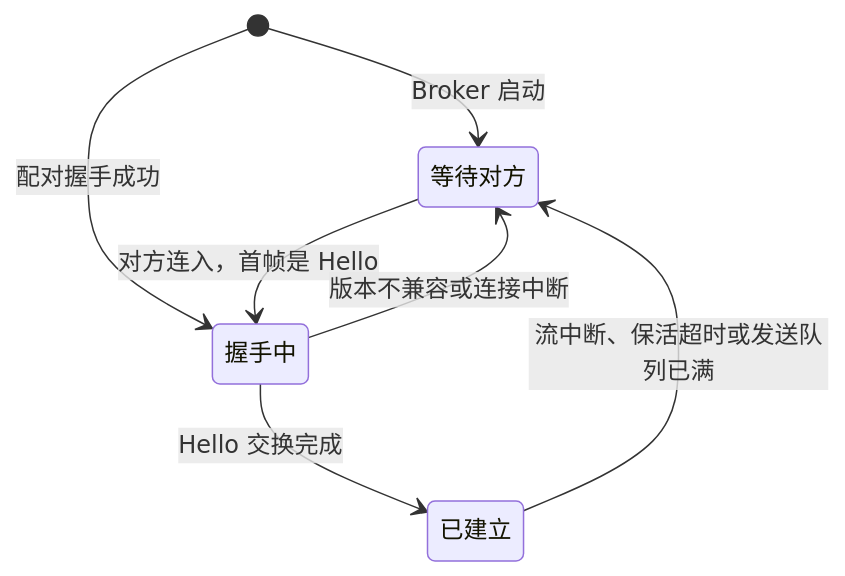
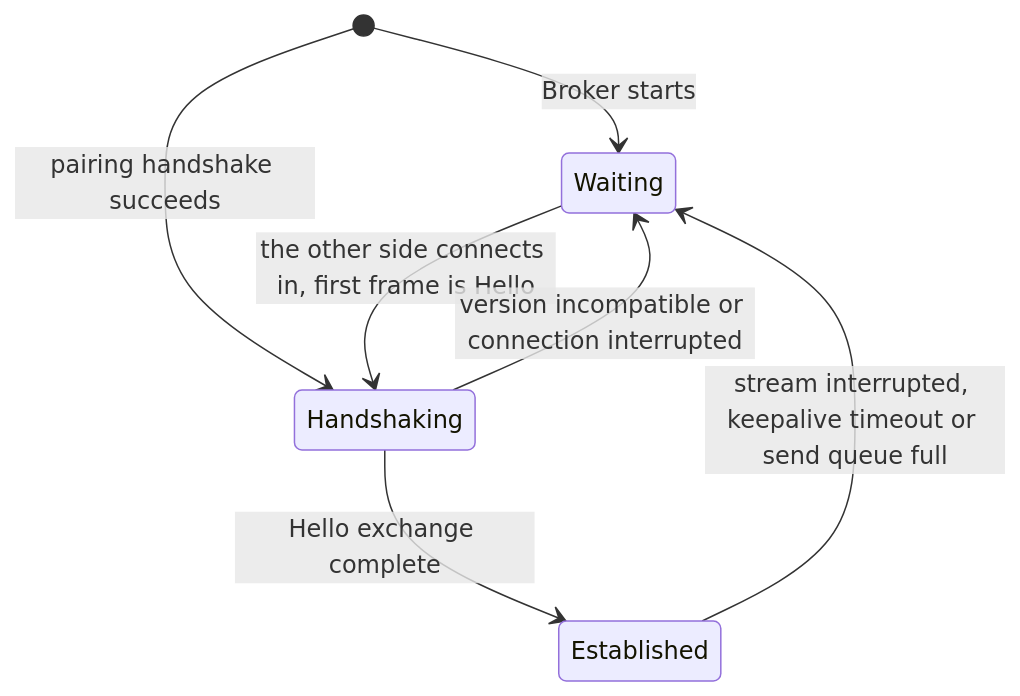
The second of 2 diagrams in docs/design/modules/design-link.md (wangzw/peers), drawn with Mermaid before and after one commit. The commit also changed other lines of this file, not shown here.

````diff
--- a/docs/design/modules/design-link.md
+++ b/docs/design/modules/design-link.md
@@ -264,9 +284,9 @@
 ```mermaid
 stateDiagram-v2
-    [*] --> 等待对方: Broker 启动
-    [*] --> 握手中: 配对握手成功
-    等待对方 --> 握手中: 对方连入，首帧是 Hello
-    握手中 --> 已建立: Hello 交换完成
-    握手中 --> 等待对方: 版本不兼容或连接中断
-    已建立 --> 等待对方: 流中断、保活超时或发送队列已满
+    [*] --> Waiting: Broker starts
+    [*] --> Handshaking: pairing handshake succeeds
+    Waiting --> Handshaking: the other side connects in, first frame is Hello
+    Handshaking --> Established: Hello exchange complete
+    Handshaking --> Waiting: version incompatible or connection interrupted
+    Established --> Waiting: stream interrupted, keepalive timeout or send queue full
 ```
````
